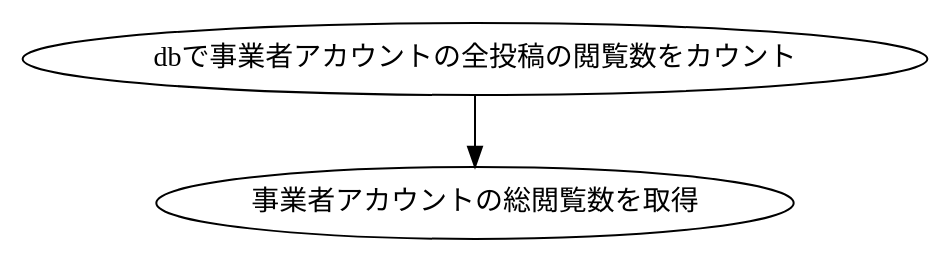
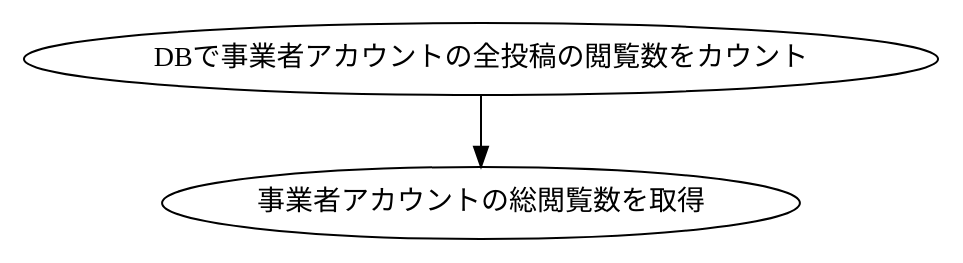
The diagram in dot/sato/BusinessGetTotalViewNumber.dot (KUT-Group12/internal_design), drawn with Graphviz before and after one commit. The commit also changed 12 other files, not shown here.

```diff
--- a/dot/sato/BusinessGetTotalViewNumber.dot
+++ b/dot/sato/BusinessGetTotalViewNumber.dot
@@ -1,8 +1,8 @@
 digraph G {
     #include "style.doth"
 
-    db[label = "dbで事業者アカウントの全投稿の閲覧数をカウント"]
+    db[label = "DBで事業者アカウントの全投稿の閲覧数をカウント"]
     result[label = "事業者アカウントの総閲覧数を取得"]
 
     db -> result
 }
```
